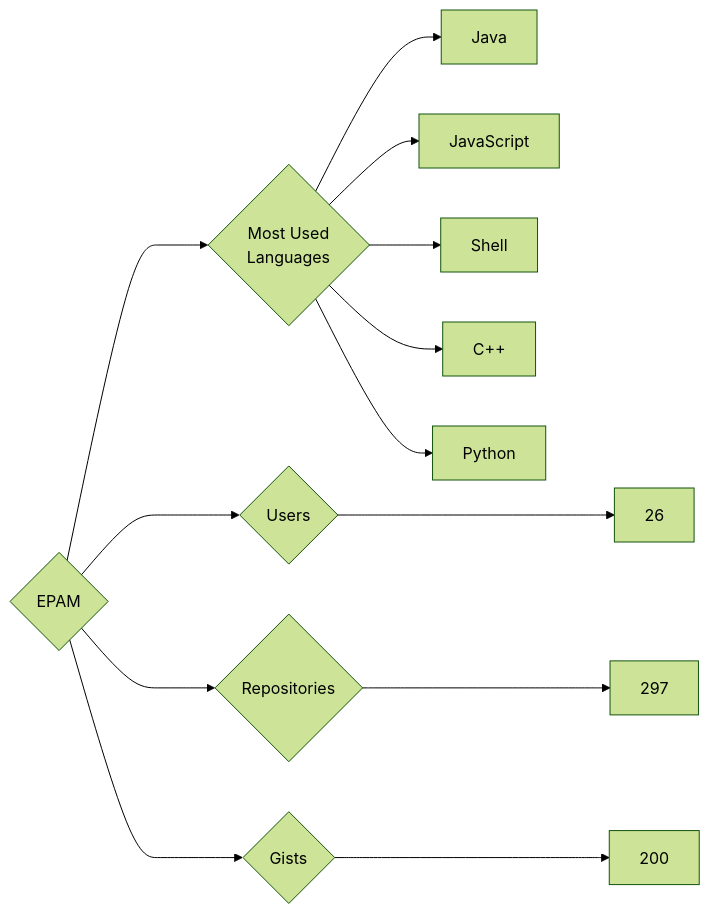
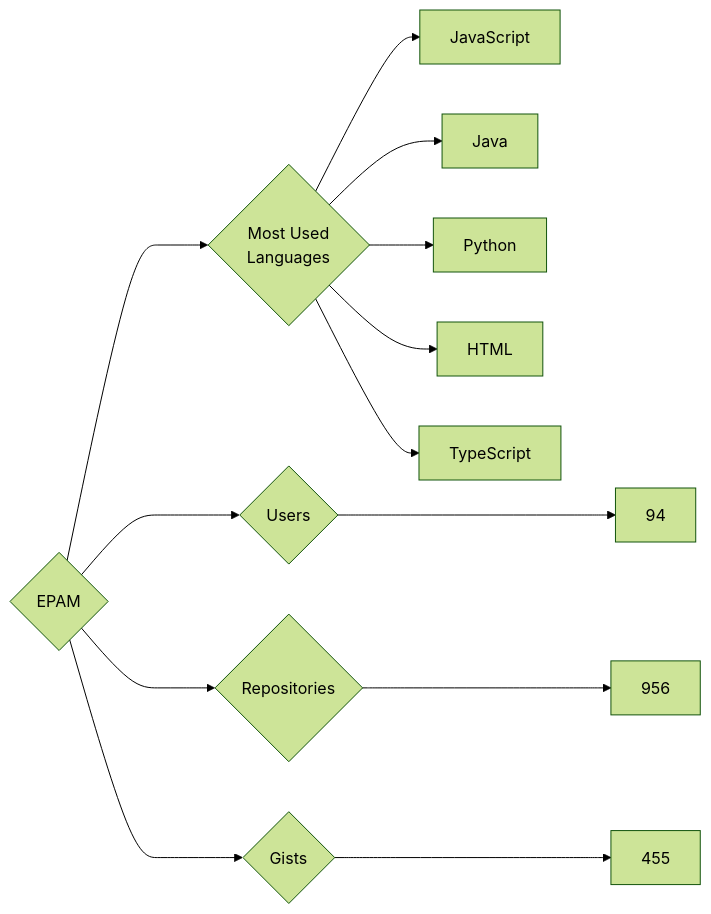
The diagram in targets/EPAM/README.md (trickest/insiders), drawn with Mermaid (forest theme) before and after one commit. The commit also changed 736 other files, not shown here.

````diff
--- a/targets/EPAM/README.md
+++ b/targets/EPAM/README.md
@@ -3,13 +3,13 @@
 ```mermaid
 graph LR
 COMPANY_NAME{EPAM}
-COMPANY_NAME ---> U{Users} ---> UN[26]
-COMPANY_NAME ---> R{Repositories} ---> RN[297]
-COMPANY_NAME ---> G{Gists} ---> GN[200]
+COMPANY_NAME ---> U{Users} ---> UN[94]
+COMPANY_NAME ---> R{Repositories} ---> RN[956]
+COMPANY_NAME ---> G{Gists} ---> GN[455]
 COMPANY_NAME ---> ML{Most Used<br>Languages}
+ML --> JavaScript[JavaScript]
 ML --> Java[Java]
-ML --> JavaScript[JavaScript]
-ML --> Shell[Shell]
-ML --> C++[C++]
 ML --> Python[Python]
+ML --> HTML[HTML]
+ML --> TypeScript[TypeScript]
 ```
````
